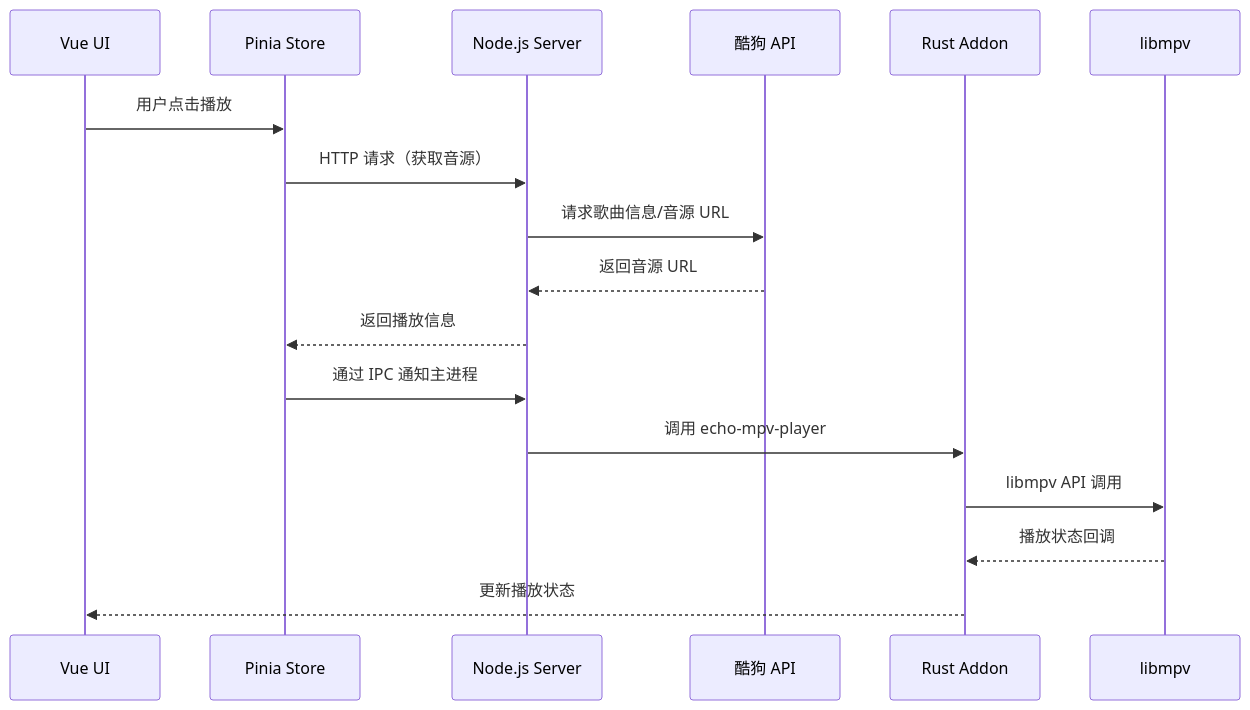
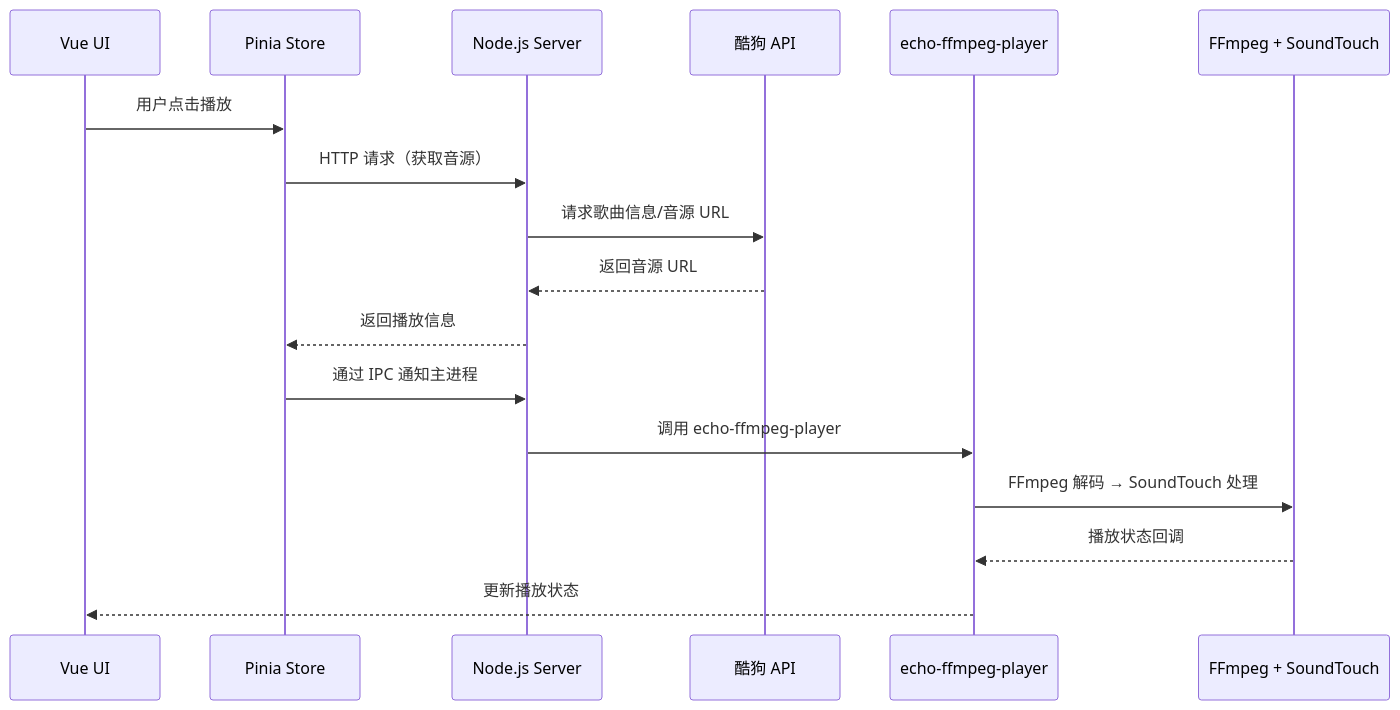
The second of 4 diagrams in docs/develop/architecture.md (yaoyaoprincess/EchoMusic-docs), drawn with Mermaid before and after one commit. The commit also changed other lines of this file and 40 other files, not shown here.

````diff
--- a/docs/develop/architecture.md
+++ b/docs/develop/architecture.md
@@ -54,20 +54,20 @@
 ```mermaid
 sequenceDiagram
     participant UI as Vue UI
     participant Pinia as Pinia Store
     participant Server as Node.js Server
     participant API as 酷狗 API
-    participant Rust as Rust Addon
-    participant MPV as libmpv
+    participant Rust as echo-ffmpeg-player
+    participant FFmpeg as FFmpeg + SoundTouch
 
     UI->>Pinia: 用户点击播放
     Pinia->>Server: HTTP 请求（获取音源）
     Server->>API: 请求歌曲信息/音源 URL
     API-->>Server: 返回音源 URL
     Server-->>Pinia: 返回播放信息
     Pinia->>Server: 通过 IPC 通知主进程
-    Server->>Rust: 调用 echo-mpv-player
-    Rust->>MPV: libmpv API 调用
-    MPV-->>Rust: 播放状态回调
+    Server->>Rust: 调用 echo-ffmpeg-player
+    Rust->>FFmpeg: FFmpeg 解码 → SoundTouch 处理
+    FFmpeg-->>Rust: 播放状态回调
     Rust-->>UI: 更新播放状态
 ```
````
